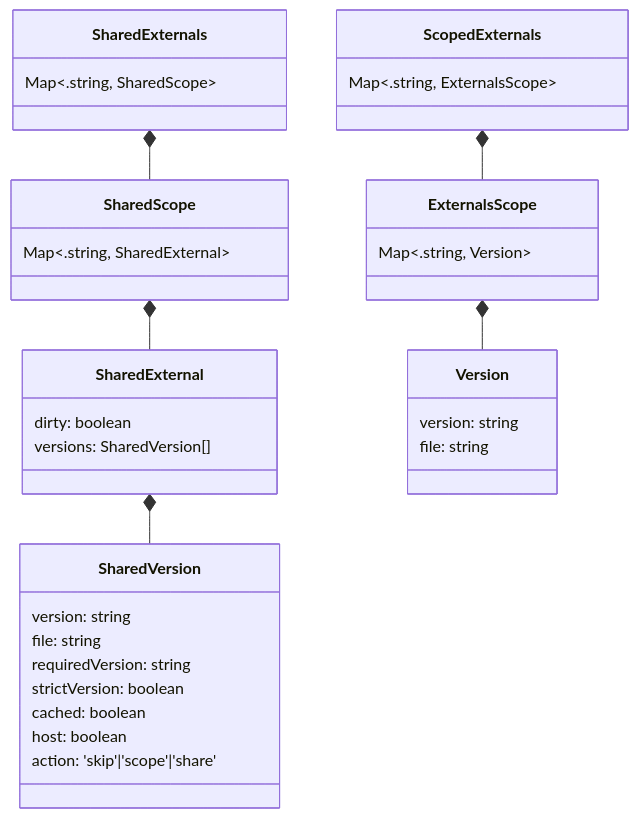
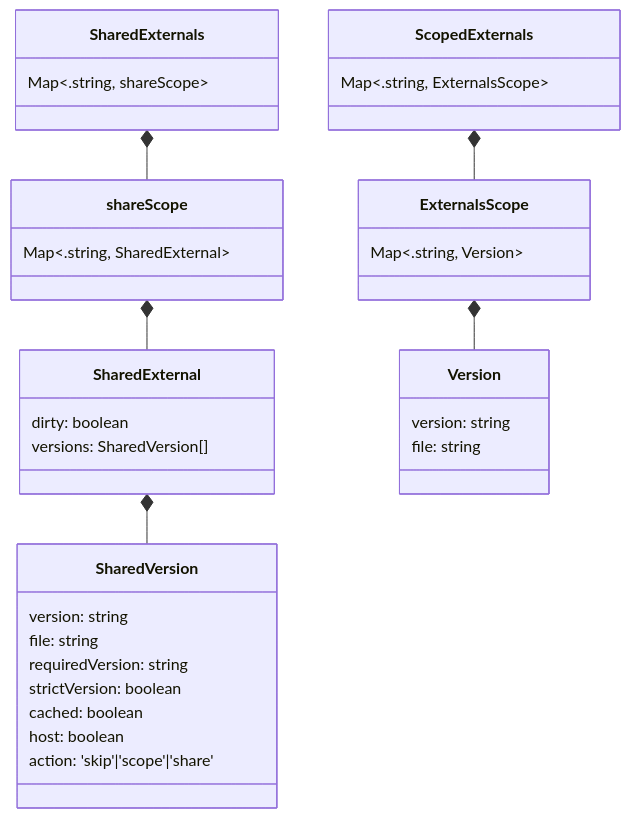
Before and after one commit to topicusonderwijs/vanilla-native-federation: the fifth of 5 diagrams in docs/architecture.md, drawn with Mermaid. The commit also changed other lines of this file and 15 other files, not shown here.

Commit message:
fix: renamed sharedScope to shareScope

````diff
--- a/docs/architecture.md
+++ b/docs/architecture.md
@@ -261,38 +263,38 @@
 ```mermaid
 classDiagram
-    SharedExternals *-- SharedScope
-    SharedScope *-- SharedExternal
+    SharedExternals *-- shareScope
+    shareScope *-- SharedExternal
     SharedExternal *-- SharedVersion
     ScopedExternals *-- ExternalsScope
     ExternalsScope *-- Version
 
     class SharedExternals {
-        Map<.string, SharedScope>
+        Map<.string, shareScope>
     }
-    class SharedScope {
+    class shareScope {
         Map<.string, SharedExternal>
     }
     class SharedExternal {
         dirty: boolean
         versions: SharedVersion[]
     }
     class SharedVersion{
         version: string
         file: string
         requiredVersion: string
         strictVersion: boolean
         cached: boolean
         host: boolean
         action: 'skip'|'scope'|'share'
-    }  
+    }
     class ScopedExternals {
         Map<.string, ExternalsScope>
-    } 
+    }
     class ExternalsScope {
         Map<.string, Version>
-    } 
+    }
     class Version{
         version: string
         file: string
     }
 ```
````
